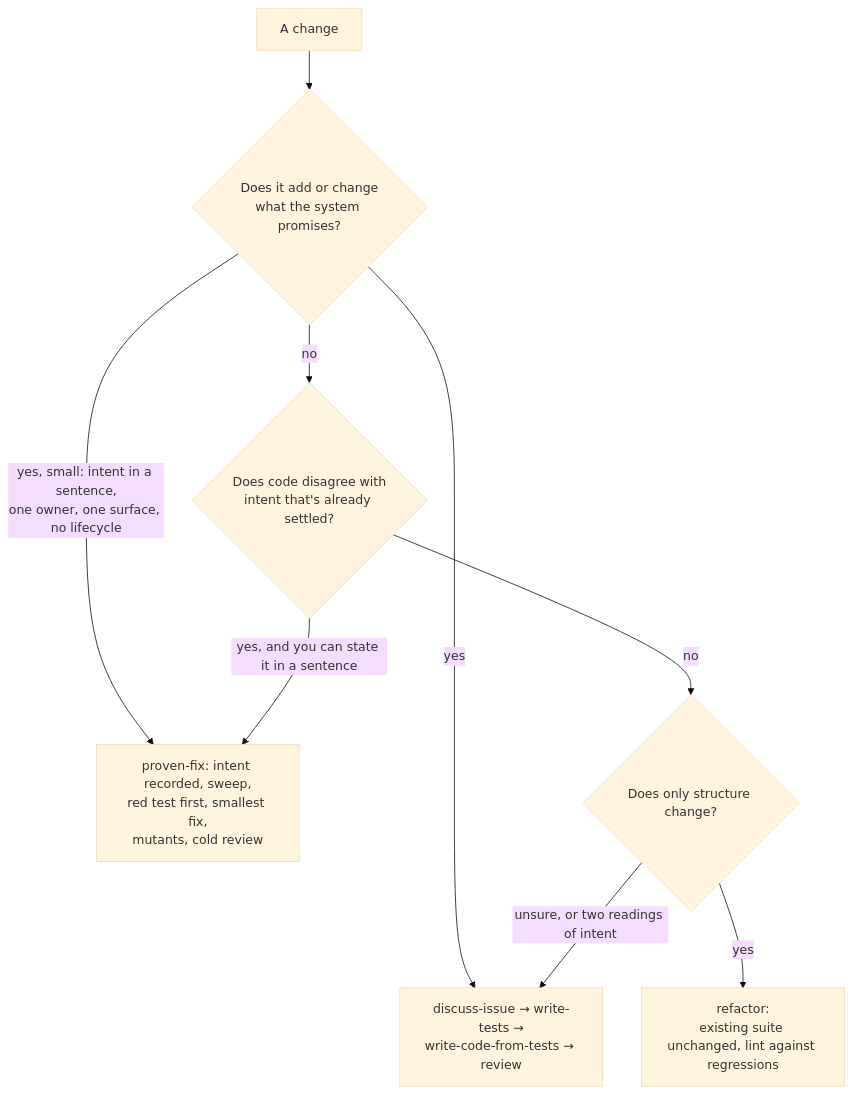
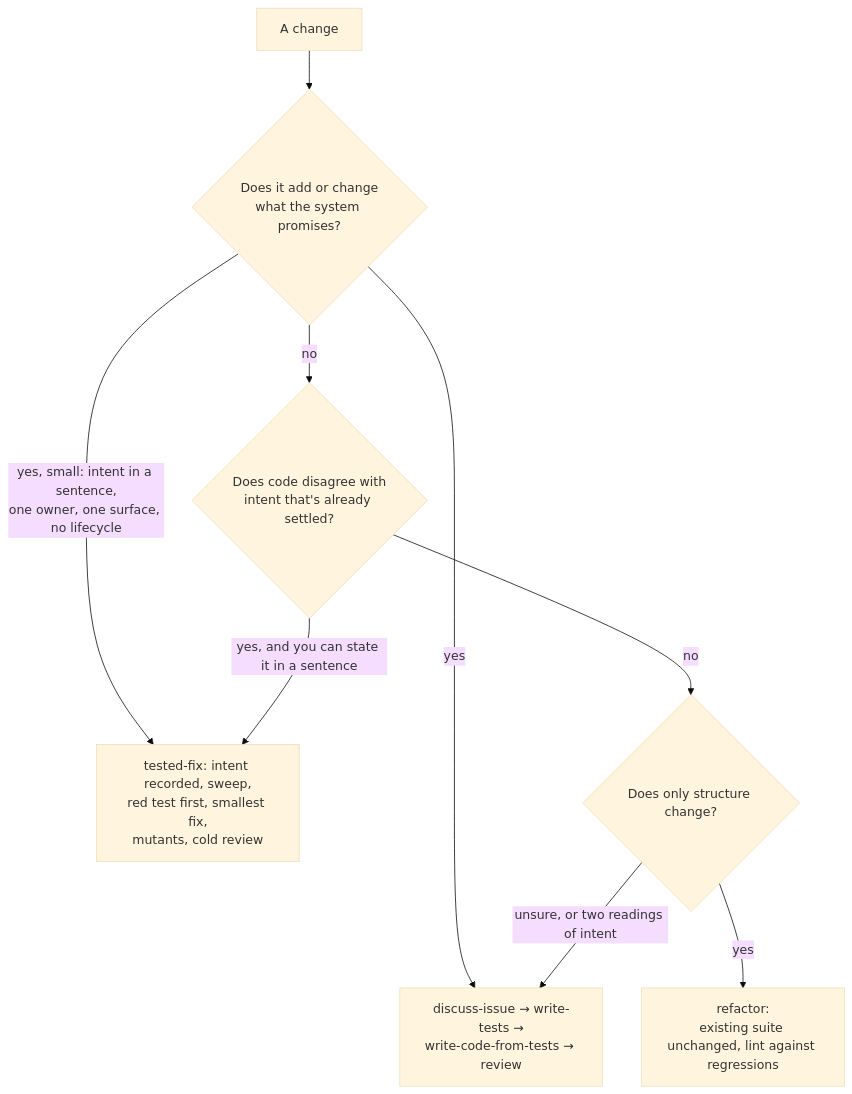
One commit to beetroot-salad/cyber-response-agent changed the third of 3 diagrams in contract-first/docs/design.md. Above: the diagram before and after it, drawn with Mermaid (base theme). The commit also changed other lines of this file and 8 other files, not shown here.

First line of the commit message:
contract-first: rename proven-fix to tested-fix; design check asks for a redesign

````diff
--- a/contract-first/docs/design.md
+++ b/contract-first/docs/design.md
@@ -228,11 +229,11 @@
 ```mermaid
 flowchart TD
     S[A change] --> Q1{Does it add or change<br/>what the system promises?}
     Q1 -->|"yes, small: intent in a sentence,<br/>one owner, one surface, no lifecycle"| PF
     Q1 -->|yes| P[discuss-issue → write-tests →<br/>write-code-from-tests → review]
     Q1 -->|no| Q2{Does code disagree with<br/>intent that's already settled?}
-    Q2 -->|"yes, and you can state it in a sentence"| PF[proven-fix: intent recorded, sweep,<br/>red test first, smallest fix,<br/>mutants, cold review]
+    Q2 -->|"yes, and you can state it in a sentence"| PF[tested-fix: intent recorded, sweep,<br/>red test first, smallest fix,<br/>mutants, cold review]
     Q2 -->|no| Q3{Does only structure change?}
     Q3 -->|yes| RF[refactor:<br/>existing suite unchanged, lint against regressions]
     Q3 -->|"unsure, or two readings of intent"| P
 ```
````
